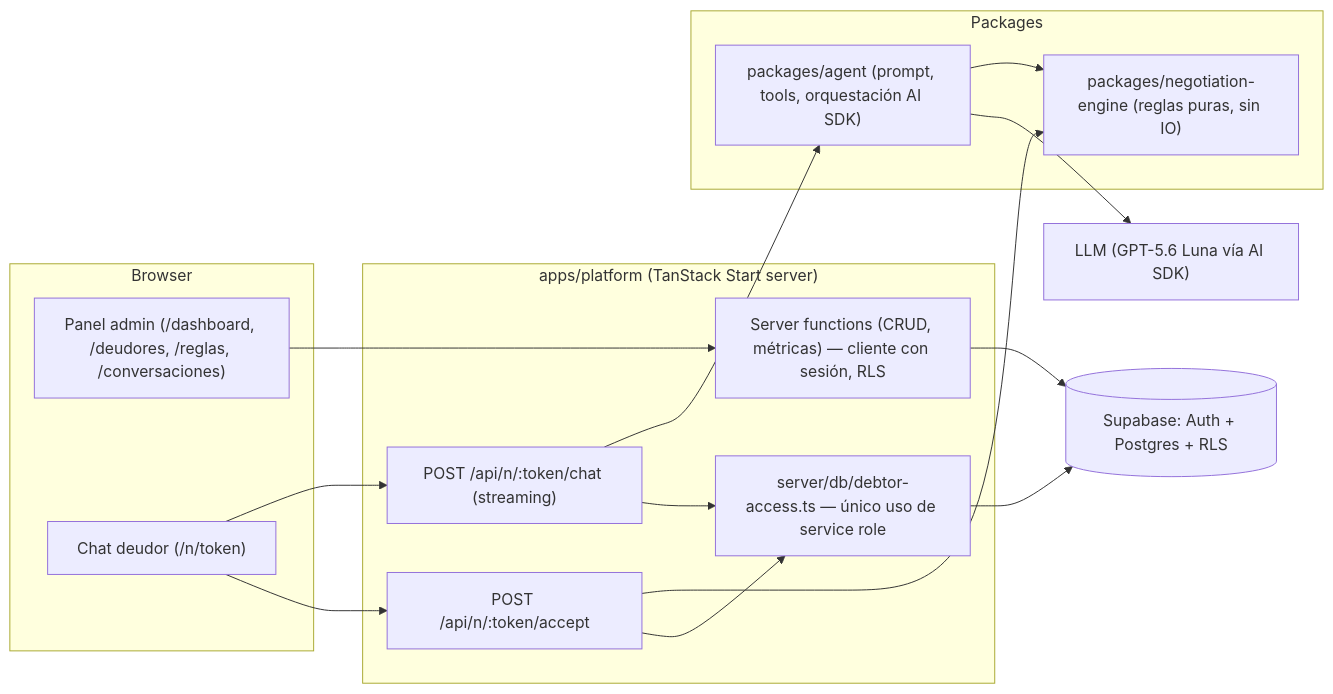
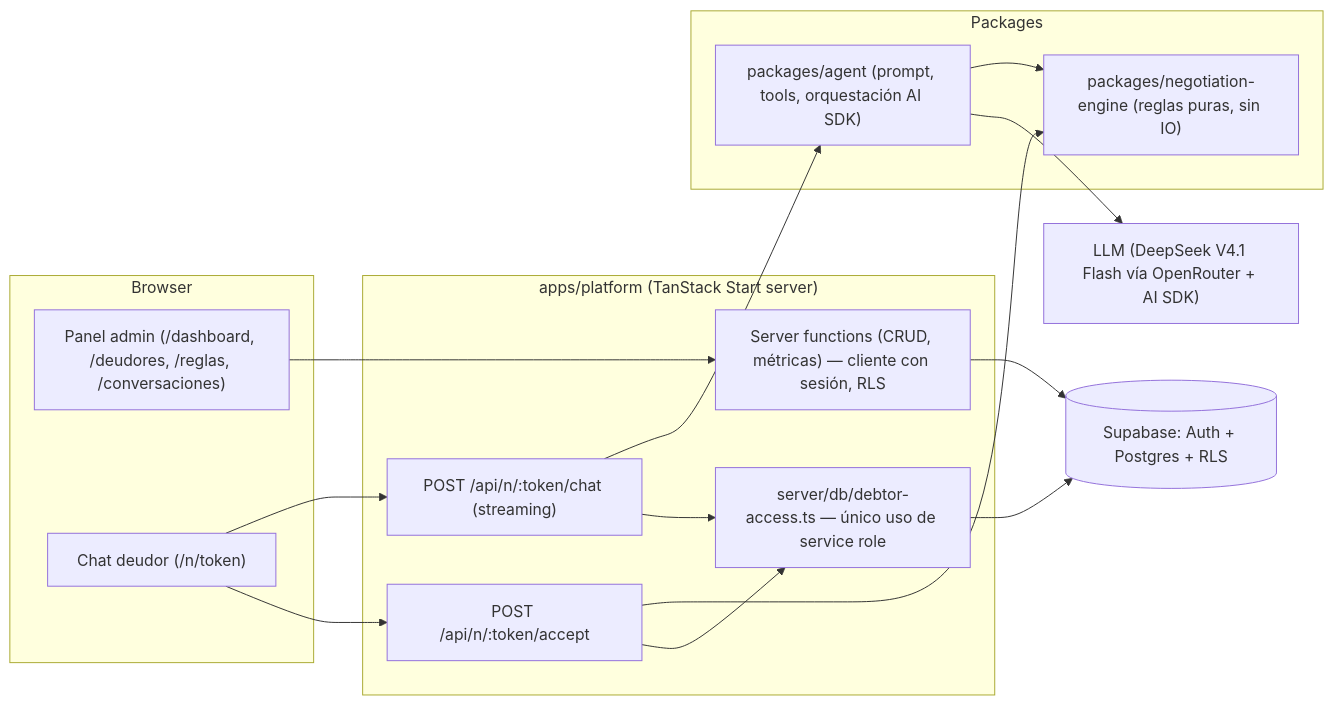
One commit to sottati/agente-deudores-seminario changed the first of 4 diagrams in docs/PLAN_BACKEND.md. Above: the diagram before and after it, drawn with Mermaid. The commit also changed other lines of this file and 3 other files, not shown here.

First line of the commit message:
docs: actualizar el modelo de IA de GPT-5.6 Luna a DeepSeek V4.1 Flash (OpenRouter)

````diff
--- a/docs/PLAN_BACKEND.md
+++ b/docs/PLAN_BACKEND.md
@@ -128,31 +128,31 @@
 ```mermaid
 flowchart LR
   subgraph Browser
     A["Panel admin (/dashboard, /deudores, /reglas, /conversaciones)"]
     D["Chat deudor (/n/token)"]
   end
   subgraph Platform["apps/platform (TanStack Start server)"]
     SF["Server functions (CRUD, métricas) — cliente con sesión, RLS"]
     CR["POST /api/n/:token/chat (streaming)"]
     AR["POST /api/n/:token/accept"]
     DA["server/db/debtor-access.ts — único uso de service role"]
   end
   subgraph Packages
     AG["packages/agent (prompt, tools, orquestación AI SDK)"]
     EN["packages/negotiation-engine (reglas puras, sin IO)"]
   end
   SUPA[("Supabase: Auth + Postgres + RLS")]
-  LLM["LLM (GPT-5.6 Luna vía AI SDK)"]
+  LLM["LLM (DeepSeek V4.1 Flash vía OpenRouter + AI SDK)"]
 
   A --> SF
   D --> CR
   D --> AR
   SF --> SUPA
   CR --> AG
   CR --> DA
   AR --> EN
   AR --> DA
   AG --> EN
   AG --> LLM
   DA --> SUPA
 ```
````
